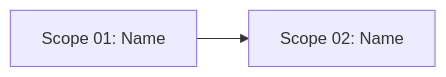
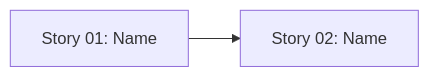
Before and after one commit to cmartinezs/grade-ops-ai: the diagram in .planning/_template/01-expansion.md, drawn with Mermaid. The commit also changed other lines of this file and 233 other files, not shown here.

````diff
--- a/.planning/_template/01-expansion.md
+++ b/.planning/_template/01-expansion.md
@@ -19,4 +19,4 @@
 ```mermaid
 flowchart LR
-    S01[Scope 01: Name] --> S02[Scope 02: Name]
+    S01[Story 01: Name] --> S02[Story 02: Name]
 ```
````
